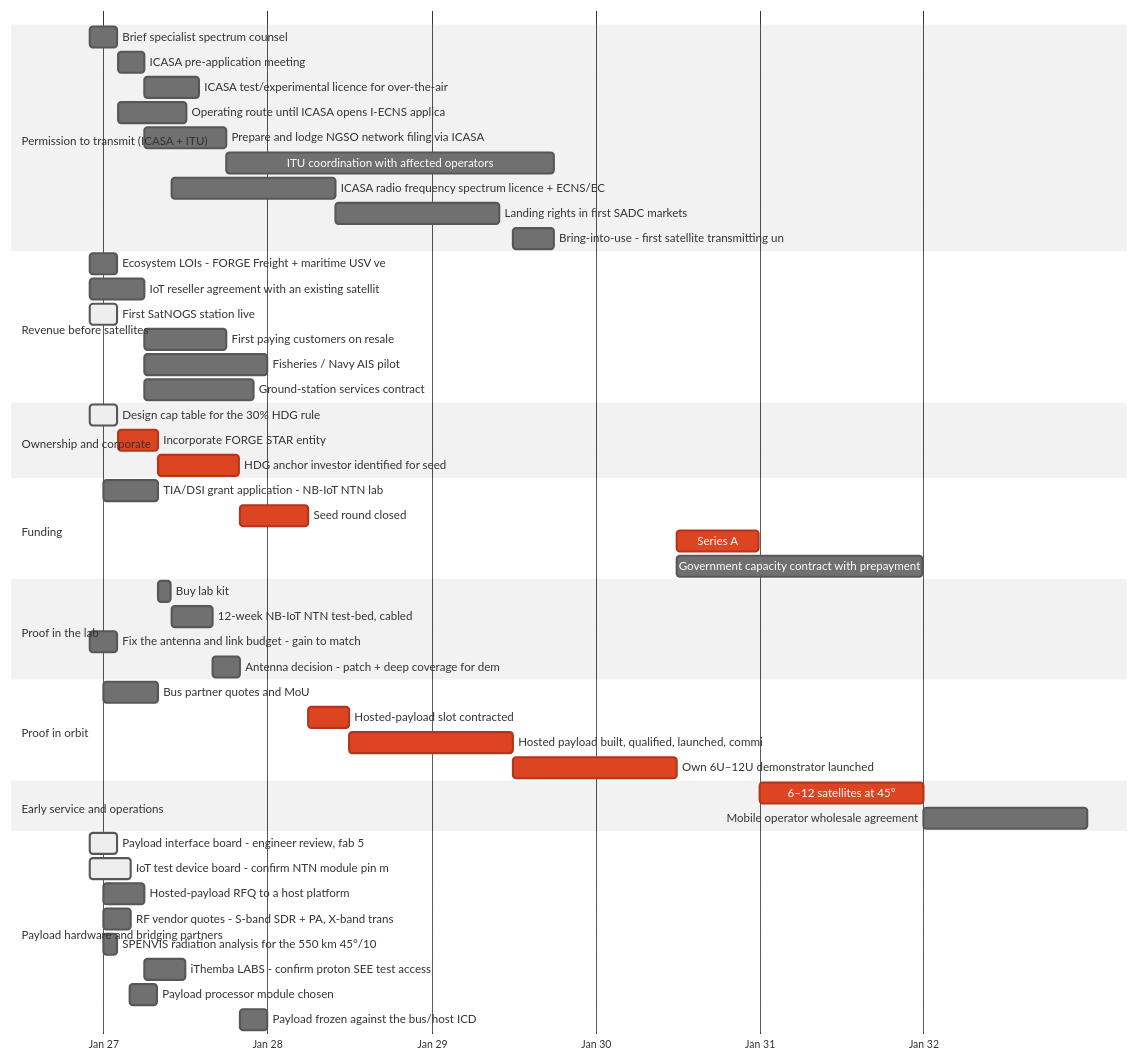
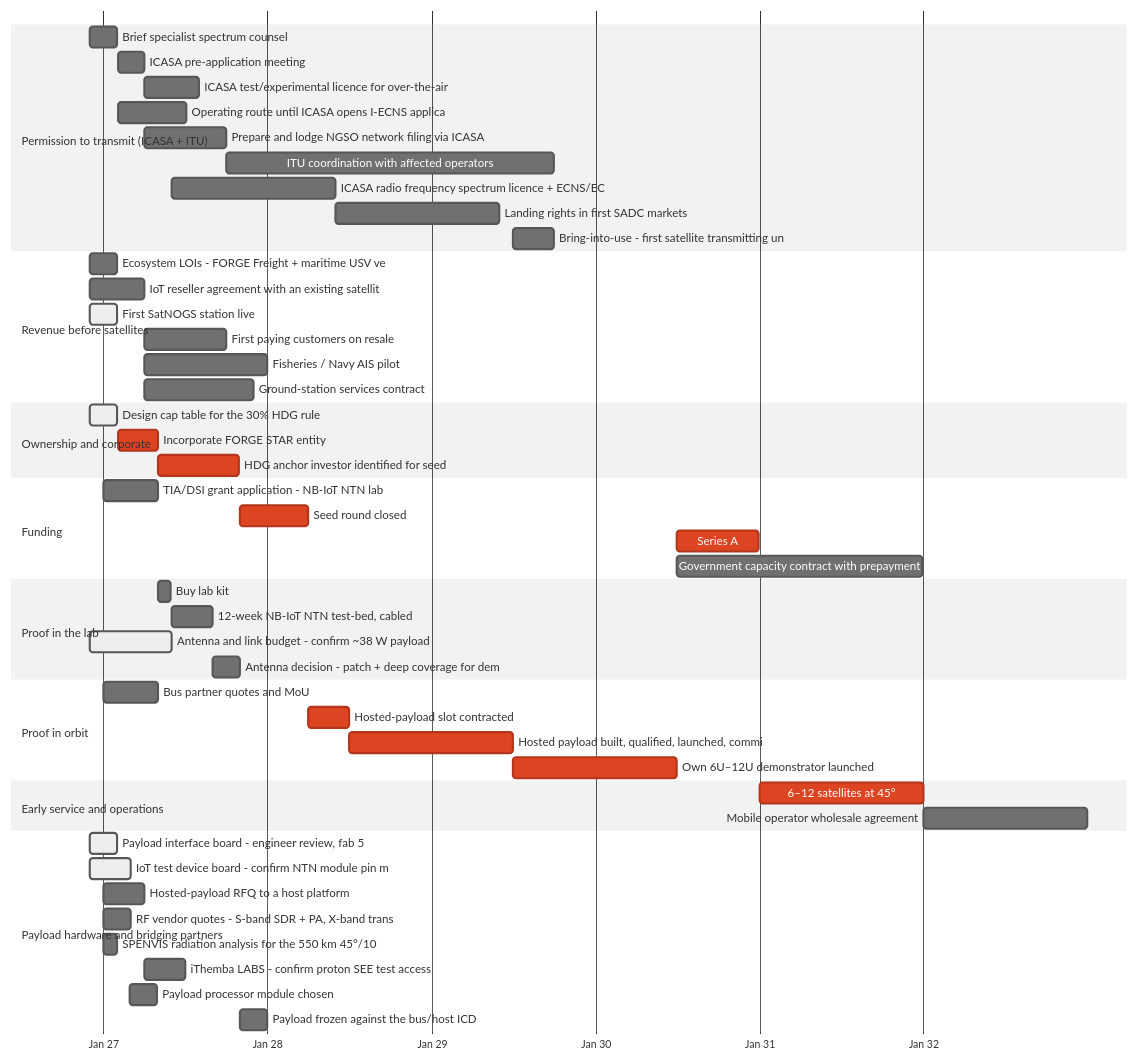
Before and after one commit to KHAYAAI/FORGE-STAR: the diagram in readiness/STATUS.md, drawn with Mermaid (neutral theme). The commit also changed other lines of this file and 32 other files, not shown here.

First line of the commit message:
Antenna and link-budget fix: gain tied to beam shape, downlink mask, per-pass capacity model

````diff
--- a/readiness/STATUS.md
+++ b/readiness/STATUS.md
@@ -90,53 +89,53 @@
 ```mermaid
 gantt
   dateFormat YYYY-MM-DD
   axisFormat %b %y
   section Permission to transmit (ICASA + ITU)
   Brief specialist spectrum counsel :S1, 2026-12-01, 60d
   ICASA pre-application meeting :S2, 2027-02-01, 60d
   ICASA test/experimental licence for over-the-air :S3, 2027-04-01, 121d
   Operating route until ICASA opens I-ECNS applica :S9, 2027-02-01, 152d
   Prepare and lodge NGSO network filing via ICASA  :S4, 2027-04-01, 182d
   ITU coordination with affected operators :S5, 2027-10-01, 729d
   ICASA radio frequency spectrum licence + ECNS/EC :S6, 2027-06-01, 364d
   Landing rights in first SADC markets :S7, 2028-06-01, 364d
   Bring-into-use - first satellite transmitting un :S8, 2029-07-01, 91d
   section Revenue before satellites
   Ecosystem LOIs - FORGE Freight + maritime USV ve :C1, 2026-12-01, 60d
   IoT reseller agreement with an existing satellit :C2, 2026-12-01, 121d
   First SatNOGS station live :active, C3, 2026-12-01, 60d
   First paying customers on resale :C4, 2027-04-01, 182d
   Fisheries / Navy AIS pilot :C5, 2027-04-01, 273d
   Ground-station services contract :C6, 2027-04-01, 243d
   section Ownership and corporate
   Design cap table for the 30% HDG rule :active, O1, 2026-12-01, 60d
   Incorporate FORGE STAR entity :crit, O2, 2027-02-01, 91d
   HDG anchor investor identified for seed :crit, O3, 2027-05-01, 182d
   section Funding
   TIA/DSI grant application - NB-IoT NTN lab :F1, 2027-01-01, 121d
   Seed round closed :crit, F2, 2027-11-01, 152d
   Series A :crit, F3, 2030-07-01, 182d
   Government capacity contract with prepayment :F4, 2030-07-01, 547d
   section Proof in the lab
   Buy lab kit :L1, 2027-05-01, 30d
   12-week NB-IoT NTN test-bed, cabled :L2, 2027-06-01, 91d
-  Fix the antenna and link budget - gain to match  :L4, 2026-12-01, 60d
+  Antenna and link budget - confirm ~38 W payload  :active, L4, 2026-12-01, 182d
   Antenna decision - patch + deep coverage for dem :L3, 2027-09-01, 60d
   section Proof in orbit
   Bus partner quotes and MoU :R1, 2027-01-01, 121d
   Hosted-payload slot contracted :crit, R2, 2028-04-01, 91d
   Hosted payload built, qualified, launched, commi :crit, R3, 2028-07-01, 364d
   Own 6U–12U demonstrator launched :crit, R4, 2029-07-01, 364d
   section Early service and operations
   6–12 satellites at 45° :crit, V1, 2031-01-01, 364d
   Mobile operator wholesale agreement :V2, 2032-01-01, 364d
   section Payload hardware and bridging partners
   Payload interface board - engineer review, fab 5 :active, H1, 2026-12-01, 60d
   IoT test device board - confirm NTN module pin m :active, H8, 2026-12-01, 91d
   Hosted-payload RFQ to a host platform :H2, 2027-01-01, 91d
   RF vendor quotes - S-band SDR + PA, X-band trans :H3, 2027-01-01, 60d
   SPENVIS radiation analysis for the 550 km 45°/10 :H4, 2027-01-01, 30d
   iThemba LABS - confirm proton SEE test access :H5, 2027-04-01, 91d
   Payload processor module chosen :H6, 2027-03-01, 60d
   Payload frozen against the bus/host ICD :H7, 2027-11-01, 60d
 ```
````
